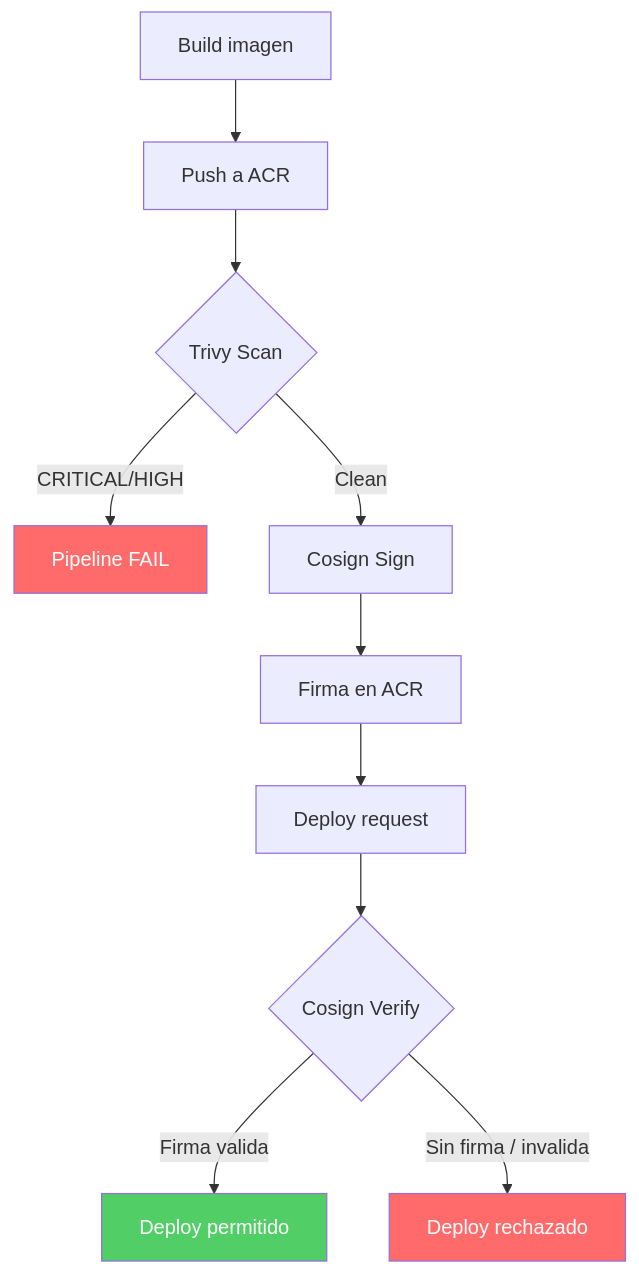
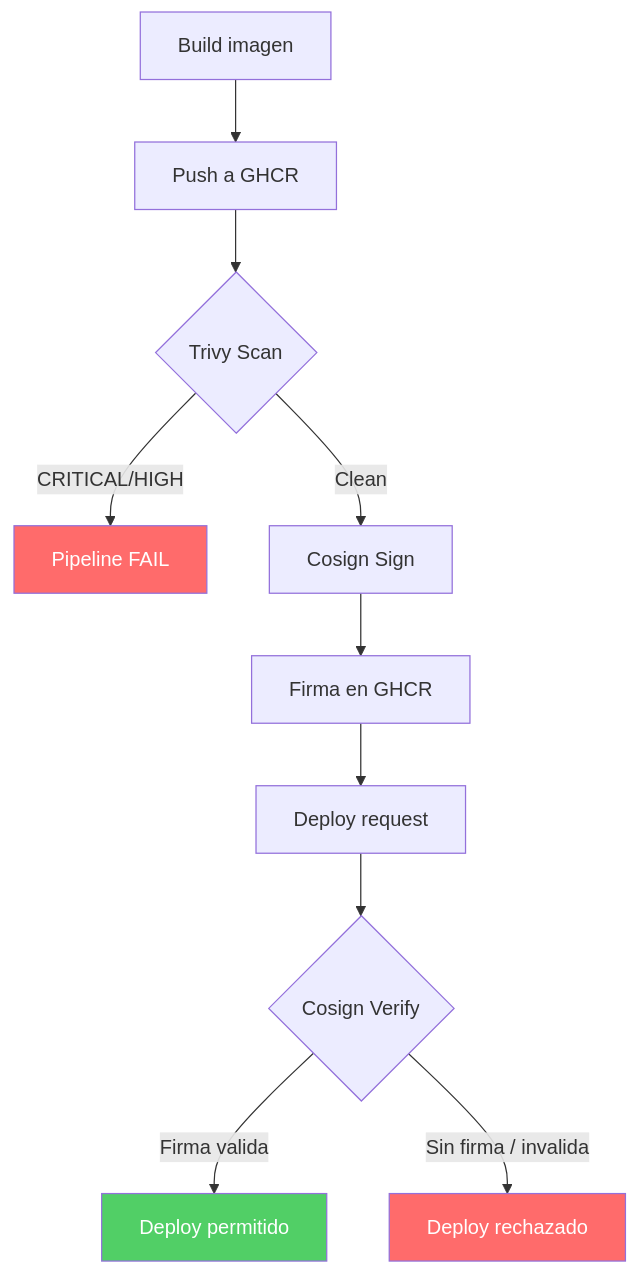
The diagram in docs/lab07-image-signing/step3.md (jhonsanchez/workshop-devsecops-pipelines), drawn with Mermaid before and after one commit. The commit also changed other lines of this file and 52 other files, not shown here.

````diff
--- a/docs/lab07-image-signing/step3.md
+++ b/docs/lab07-image-signing/step3.md
@@ -180,16 +180,16 @@
 ```mermaid
 graph TD
-    A[Build imagen] --> B[Push a ACR]
+    A[Build imagen] --> B[Push a GHCR]
     B --> C{Trivy Scan}
     C -->|CRITICAL/HIGH| D[Pipeline FAIL]
     C -->|Clean| E[Cosign Sign]
-    E --> F[Firma en ACR]
+    E --> F[Firma en GHCR]
     F --> G[Deploy request]
     G --> H{Cosign Verify}
     H -->|Firma valida| I[Deploy permitido]
     H -->|Sin firma / invalida| J[Deploy rechazado]
 
     style D fill:#ff6b6b,color:#fff
     style J fill:#ff6b6b,color:#fff
     style I fill:#51cf66,color:#fff
 ```
````
